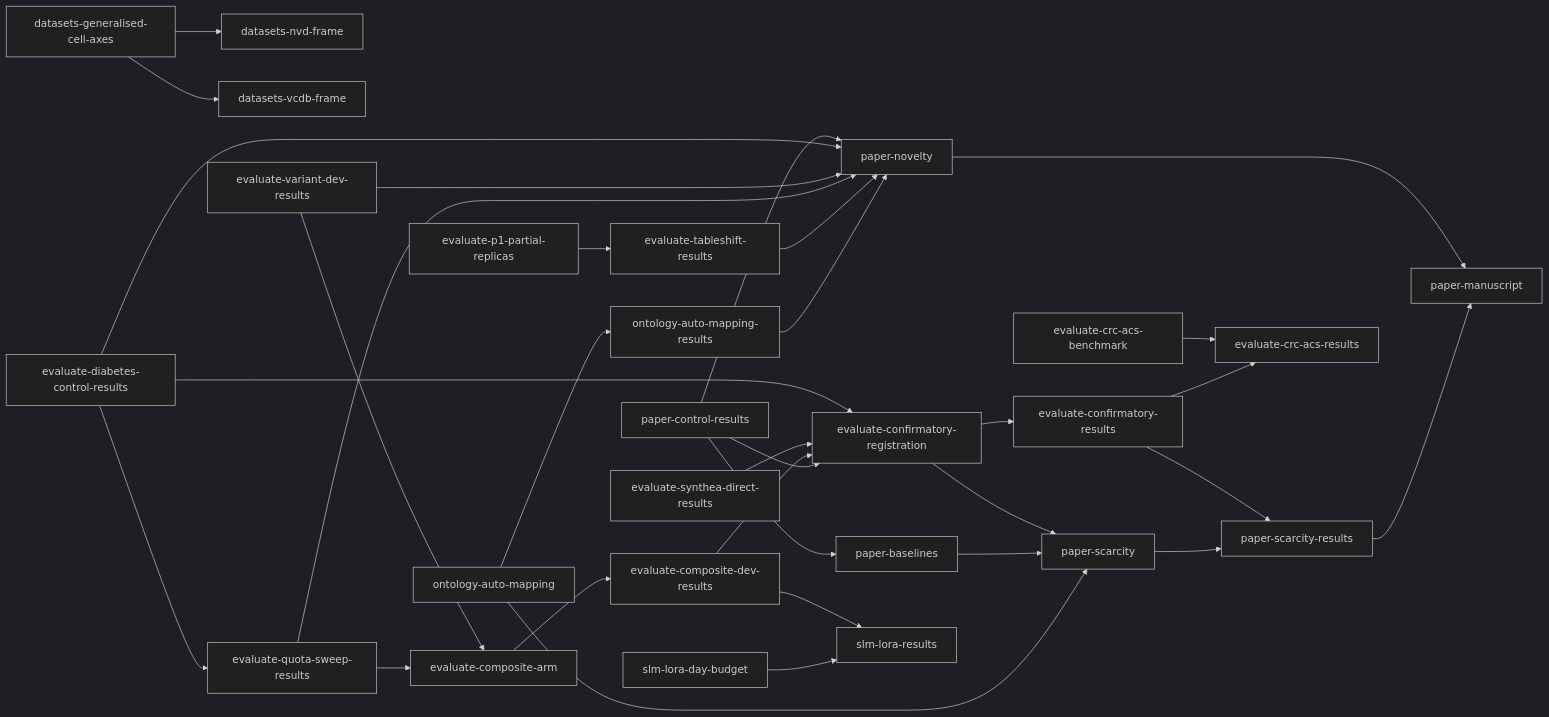
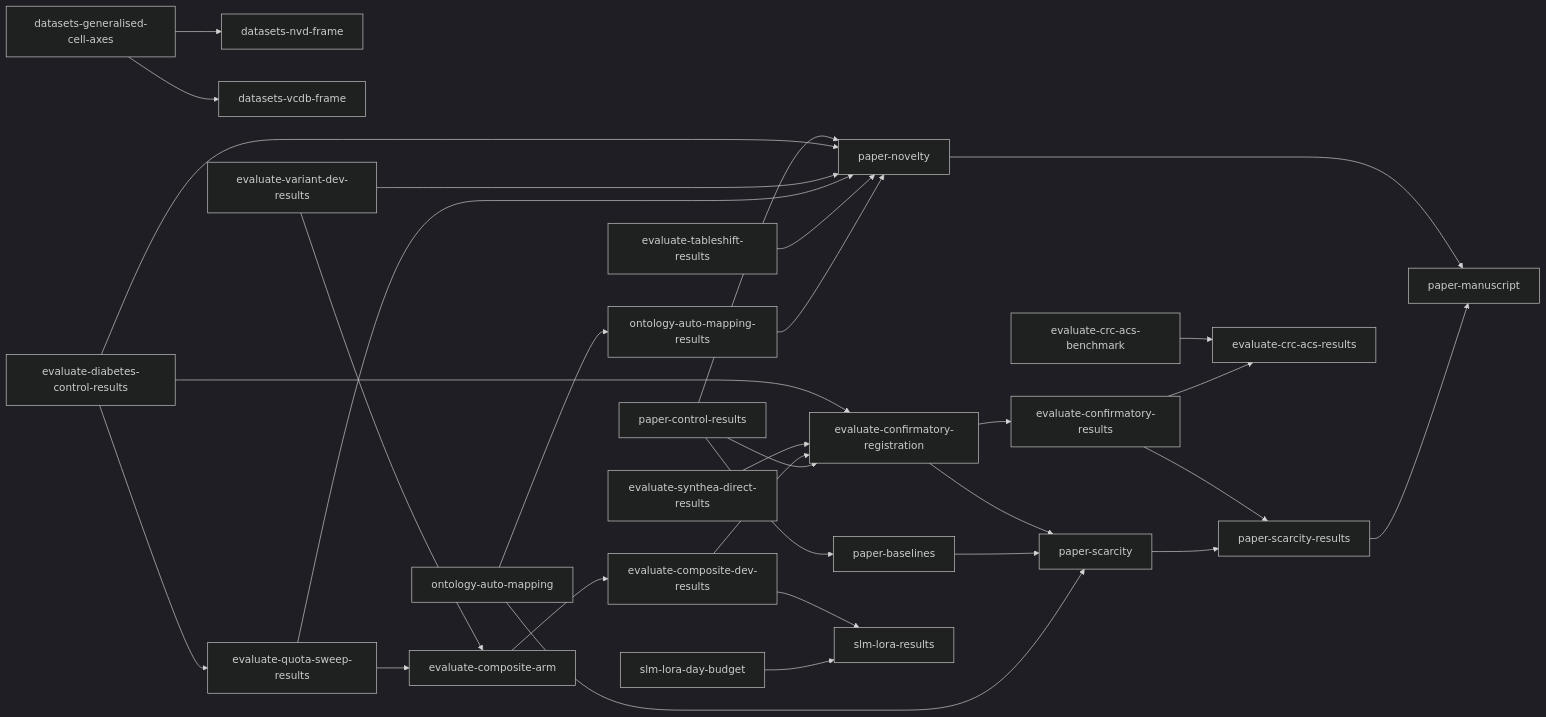
The diagram in tasks/direct-index.md (joe-dartmouth/synthetic), drawn with Mermaid (dark theme) before and after one commit. The commit also changed other lines of this file and 32 other files, not shown here.

````diff
--- a/tasks/direct-index.md
+++ b/tasks/direct-index.md
@@ -112,34 +111,33 @@
 ```mermaid
 flowchart LR
     p2[paper-control-results] --> p3[paper-baselines]
     u30[evaluate-confirmatory-registration] --> p4[paper-scarcity]
     u31[evaluate-confirmatory-results] --> p5[paper-scarcity-results]
     p3[paper-baselines] --> p4[paper-scarcity]
     p4[paper-scarcity] --> p5[paper-scarcity-results]
     p0[paper-novelty] --> p6[paper-manuscript]
     p5[paper-scarcity-results] --> p6[paper-manuscript]
     u50[datasets-generalised-cell-axes] --> u52[datasets-nvd-frame]
     u50 --> u53[datasets-vcdb-frame]
     u19[evaluate-variant-dev-results] --> u28[evaluate-composite-arm]
     u21[evaluate-quota-sweep-results] --> u28
     u28 --> u29[evaluate-composite-dev-results]
     u7[evaluate-diabetes-control-results] --> u30[evaluate-confirmatory-registration]
     u8[evaluate-synthea-direct-results] --> u30
     u29 --> u30
     u30 --> u31[evaluate-confirmatory-results]
-    u54[evaluate-p1-partial-replicas] --> u55[evaluate-tableshift-results]
     u41[evaluate-crc-acs-benchmark] --> u42[evaluate-crc-acs-results]
     u31 --> u42
     u32[ontology-auto-mapping] --> u33[ontology-auto-mapping-results]
     u29 --> u36[slm-lora-results]
     u51[slm-lora-day-budget] --> u36
     u7[evaluate-diabetes-control-results] --> u21[evaluate-quota-sweep-results]
     p2[paper-control-results] --> u30[evaluate-confirmatory-registration]
     p2[paper-control-results] --> p0[paper-novelty]
     u32[ontology-auto-mapping] --> p4[paper-scarcity]
     u7[evaluate-diabetes-control-results] --> p0[paper-novelty]
     u19[evaluate-variant-dev-results] --> p0[paper-novelty]
     u21[evaluate-quota-sweep-results] --> p0[paper-novelty]
     u55[evaluate-tableshift-results] --> p0[paper-novelty]
     u33[ontology-auto-mapping-results] --> p0[paper-novelty]
 ```
````
